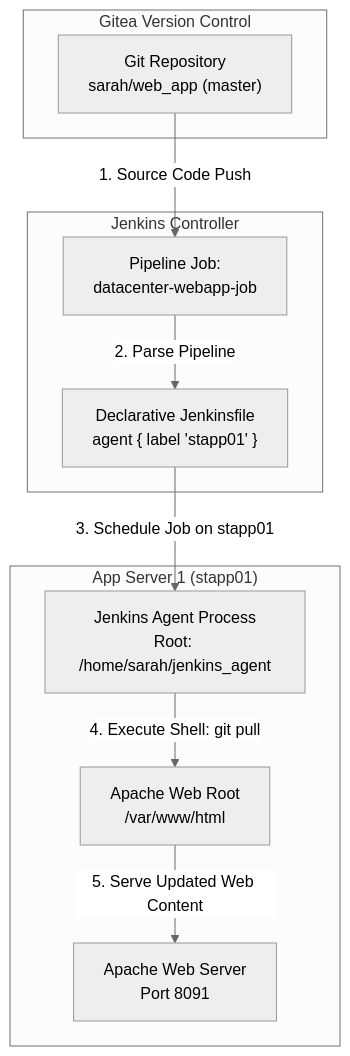
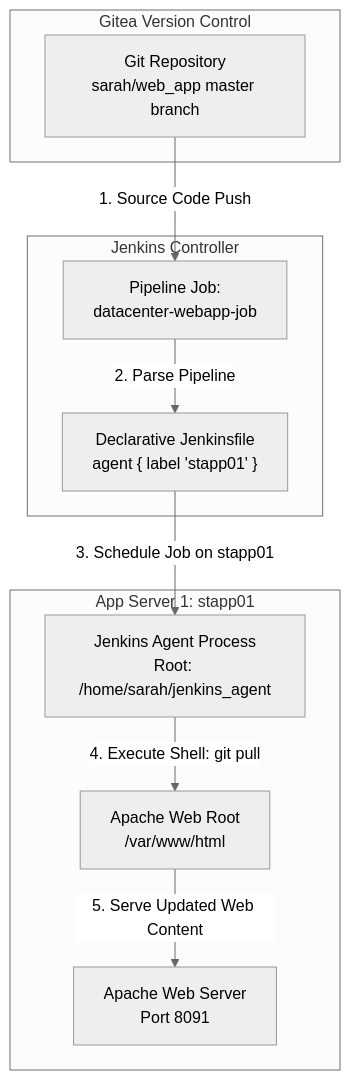
One commit to VarunRaje/dev-ops-challenges changed the diagram in challenges/77-jenkins-deploy-pipeline.md. Above: the diagram before and after it, drawn with Mermaid (neutral theme). The commit also changed 2 other files, not shown here.

Commit message:
Removing mermaid syntax error

````diff
--- a/challenges/77-jenkins-deploy-pipeline.md
+++ b/challenges/77-jenkins-deploy-pipeline.md
@@ -15,23 +15,23 @@
 ```mermaid
 graph TD
     subgraph SCM ["Gitea Version Control"]
-        GitRepo["Git Repository<br/>sarah/web_app (master)"]
+        GitRepo["Git Repository<br/>sarah/web_app master branch"]
     end
 
     subgraph JenkinsController ["Jenkins Controller"]
         Job["Pipeline Job:<br/>datacenter-webapp-job"]
         Script["Declarative Jenkinsfile<br/>agent { label 'stapp01' }"]
     end
 
-    subgraph AppServer ["App Server 1 (stapp01)"]
+    subgraph AppServer ["App Server 1: stapp01"]
         Agent["Jenkins Agent Process<br/>Root: /home/sarah/jenkins_agent"]
         WebRoot["Apache Web Root<br/>/var/www/html"]
         Apache["Apache Web Server<br/>Port 8091"]
     end
 
-    GitRepo -->|1. Source Code Push| Job
-    Job -->|2. Parse Pipeline| Script
-    Script -->|3. Schedule Job on stapp01| Agent
-    Agent -->|4. Execute Shell: git pull| WebRoot
-    WebRoot -->|5. Serve Updated Web Content| Apache
+    GitRepo -->|"1. Source Code Push"| Job
+    Job -->|"2. Parse Pipeline"| Script
+    Script -->|"3. Schedule Job on stapp01"| Agent
+    Agent -->|"4. Execute Shell: git pull"| WebRoot
+    WebRoot -->|"5. Serve Updated Web Content"| Apache
 ```
````
